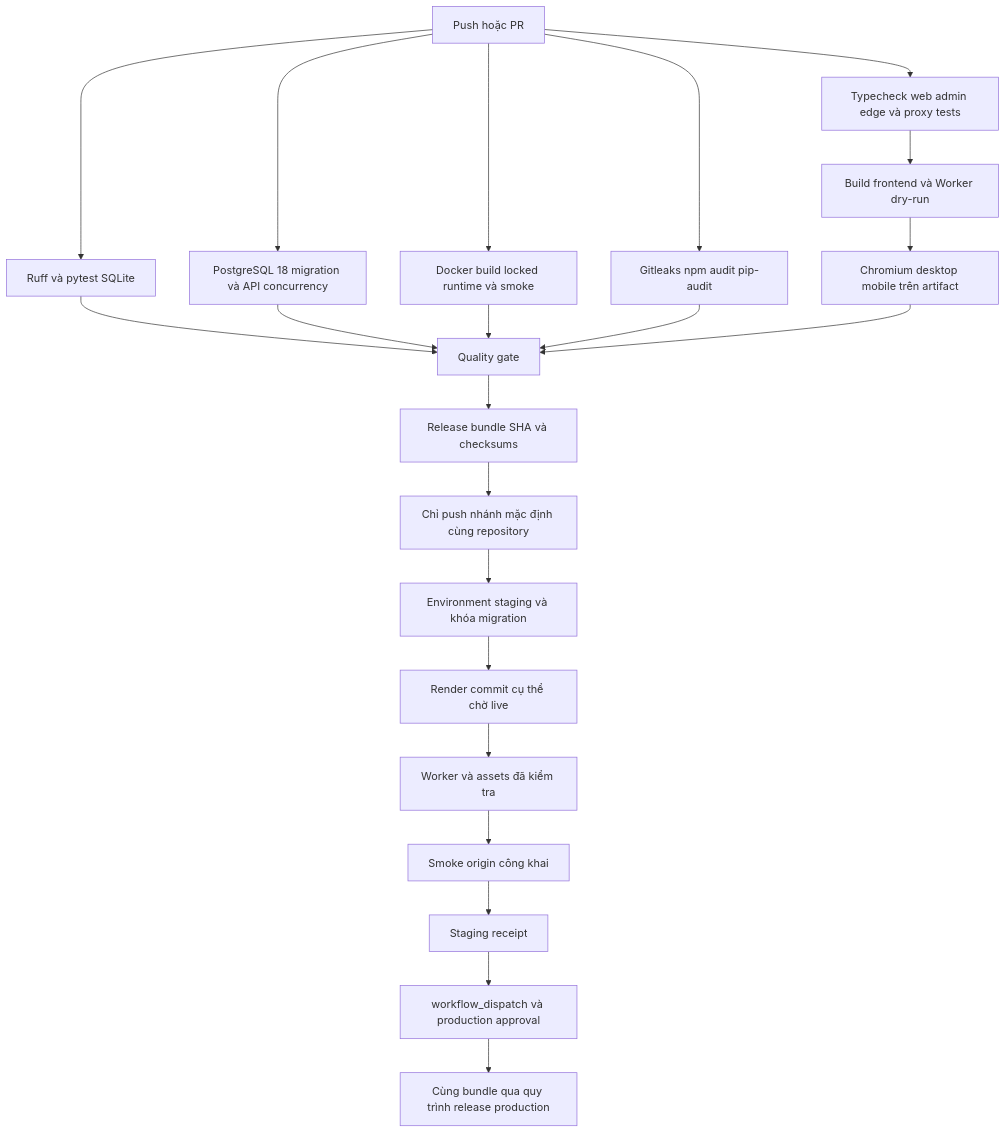
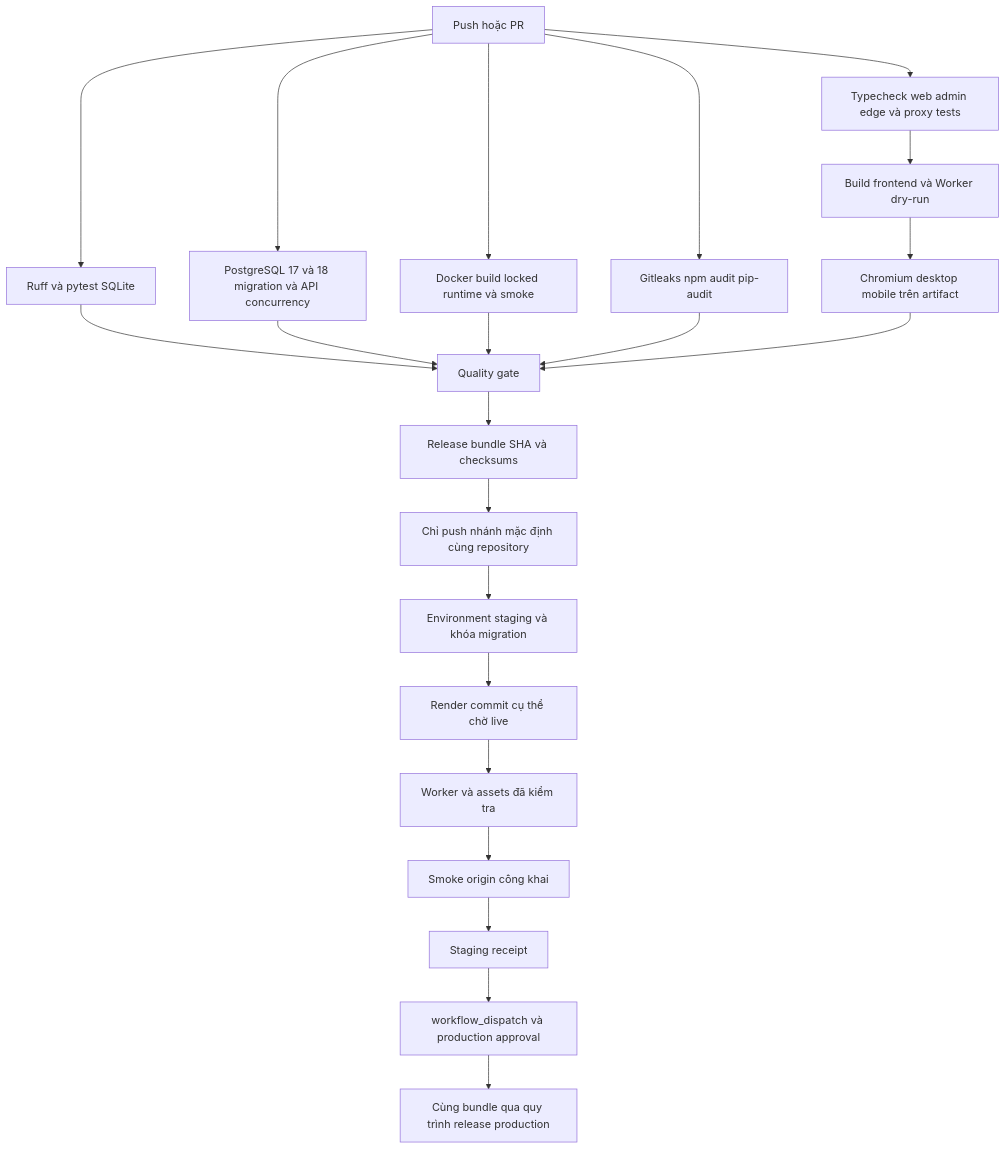
Before and after one commit to Domyan-nn/quan1tourism: the diagram in docs/CICD.md, drawn with Mermaid. The commit also changed other lines of this file and 49 other files, not shown here.

````diff
--- a/docs/CICD.md
+++ b/docs/CICD.md
@@ -8,24 +8,24 @@
 ```mermaid
 flowchart TD
   PR[Push hoặc PR] --> BE[Ruff và pytest SQLite]
   PR --> FE[Typecheck web admin edge và proxy tests]
-  PR --> PG[PostgreSQL 18 migration và API concurrency]
+  PR --> PG[PostgreSQL 17 và 18 migration và API concurrency]
   PR --> DK[Docker build locked runtime và smoke]
   PR --> SEC[Gitleaks npm audit pip-audit]
   FE --> PK[Build frontend và Worker dry-run]
   PK --> E2E[Chromium desktop mobile trên artifact]
   BE --> G[Quality gate]
   PG --> G
   DK --> G
   SEC --> G
   E2E --> G
   G --> ART[Release bundle SHA và checksums]
   ART --> TRUST[Chỉ push nhánh mặc định cùng repository]
   TRUST --> ST[Environment staging và khóa migration]
   ST --> RD[Render commit cụ thể chờ live]
   RD --> CF[Worker và assets đã kiểm tra]
   CF --> SM[Smoke origin công khai]
   SM --> REC[Staging receipt]
   REC --> MAN[workflow_dispatch và production approval]
   MAN --> PROD[Cùng bundle qua quy trình release production]
 ```
````
